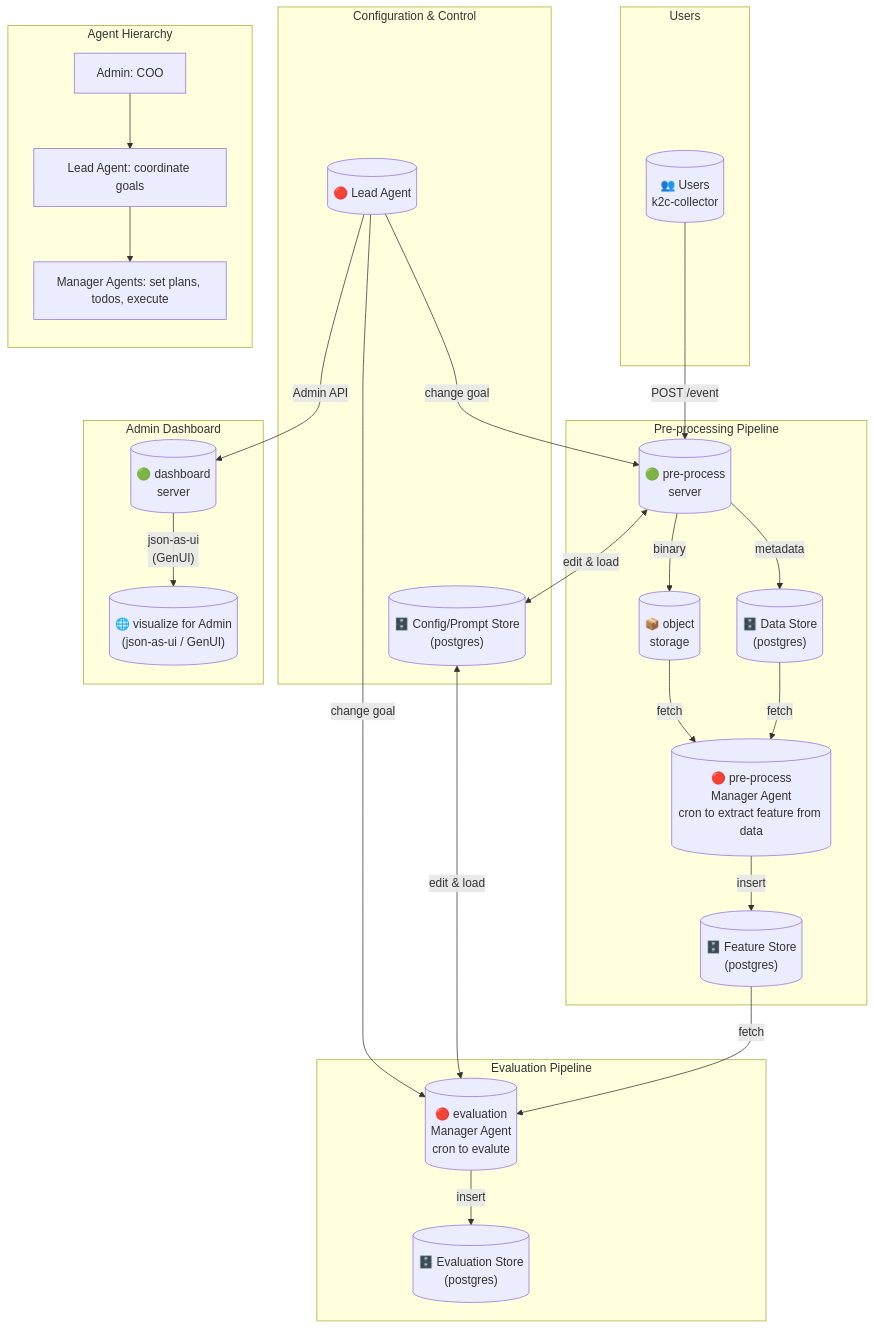
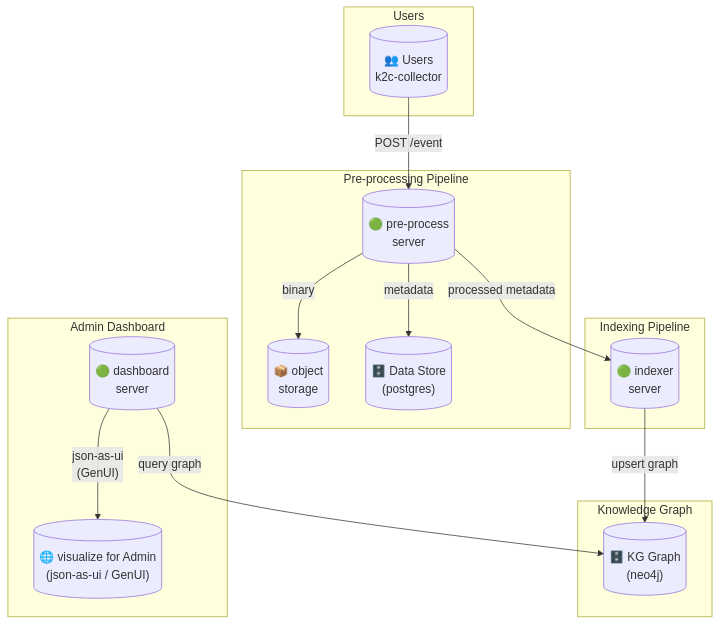
One commit to chungjung-d/k2c-hackathon changed the diagram in AGENTS.md. Above: the diagram before and after it, drawn with Mermaid. The commit also changed other lines of this file and 28 other files, not shown here.

````diff
--- a/AGENTS.md
+++ b/AGENTS.md
@@ -7,61 +7,40 @@
 ```mermaid
 flowchart TB
     subgraph Users
         U[("👥 Users<br/>k2c-collector")]
     end
 
     subgraph PreProcess["Pre-processing Pipeline"]
         PPS[("🟢 pre-process<br/>server")]
         OBJ[("📦 object<br/>storage")]
         DS[("🗄️ Data Store<br/>(postgres)")]
-        PPMA[("🔴 pre-process<br/>Manager Agent<br/>cron to extract feature from data")]
-        FS[("🗄️ Feature Store<br/>(postgres)")]
     end
 
-    subgraph Config["Configuration & Control"]
-        CPS[("🗄️ Config/Prompt Store<br/>(postgres)")]
-        LA[("🔴 Lead Agent")]
+    subgraph Indexing["Indexing Pipeline"]
+        IDX[("🟢 indexer<br/>server")]
     end
 
-    subgraph Evaluation["Evaluation Pipeline"]
-        EMA[("🔴 evaluation<br/>Manager Agent<br/>cron to evalute")]
-        ES[("🗄️ Evaluation Store<br/>(postgres)")]
+    subgraph KG["Knowledge Graph"]
+        KGDB[("🗄️ KG Graph<br/>(neo4j)")]
     end
 
     subgraph Dashboard["Admin Dashboard"]
         DBS[("🟢 dashboard<br/>server")]
         UI[("🌐 visualize for Admin<br/>(json-as-ui / GenUI)")]
     end
 
     %% User flow
     U -->|"POST /event"| PPS
-    
+
     %% Pre-process flow
     PPS -->|"binary"| OBJ
     PPS -->|"metadata"| DS
-    OBJ -->|"fetch"| PPMA
-    DS -->|"fetch"| PPMA
-    PPMA -->|"insert"| FS
+    PPS -->|"processed metadata"| IDX
 
-    %% Config flow
-    PPS <-->|"edit & load"| CPS
-    %% Evaluation flow
-    LA -->|"change goal"| EMA
-    LA -->|"change goal"| PPS
-    CPS <-->|"edit & load"| EMA
-    FS -->|"fetch"| EMA
-    EMA -->|"insert"| ES
+    %% Indexing flow
+    IDX -->|"upsert graph"| KGDB
 
     %% Dashboard flow
-    LA -->|"Admin API"| DBS
+    DBS -->|"query graph"| KGDB
     DBS -->|"json-as-ui<br/>(GenUI)"| UI
-
-    %% Hierarchy note
-    subgraph Hierarchy["Agent Hierarchy"]
-        direction TB
-        H1["Admin: COO"]
-        H2["Lead Agent: coordinate goals"]
-        H3["Manager Agents: set plans, todos, execute"]
-        H1 --> H2 --> H3
-    end
 ```
````
